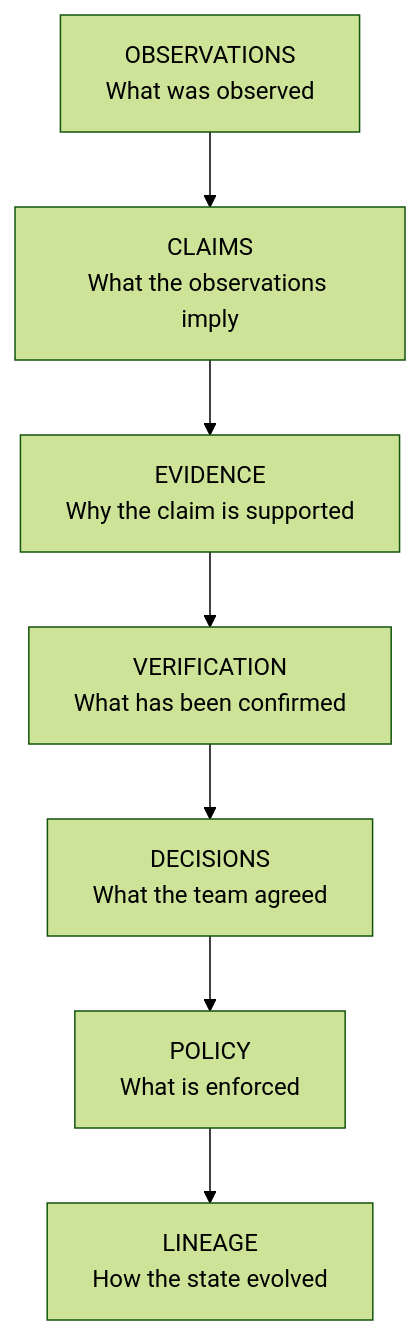
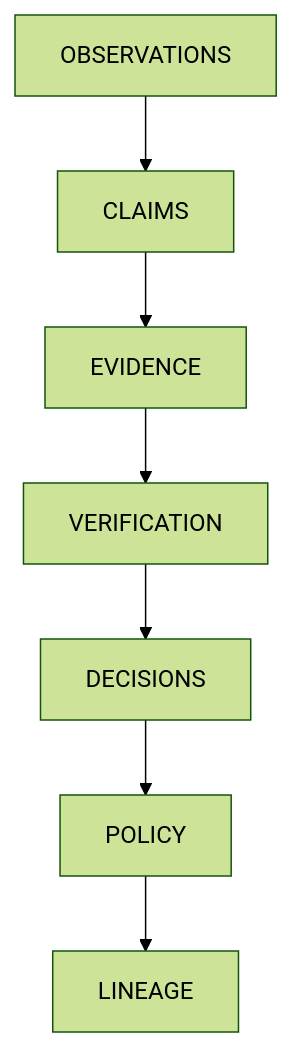
The second of 5 diagrams in README.md (myshra777-ai/garuda), drawn with Mermaid (forest theme) before and after one commit. The commit also changed other lines of this file, not shown here.

````diff
--- a/README.md
+++ b/README.md
@@ -148,17 +148,9 @@
 ```mermaid
 flowchart TB
-    OBS["OBSERVATIONS<br/>What was observed"]
-    CLAIM["CLAIMS<br/>What the observations imply"]
-    EVID["EVIDENCE<br/>Why the claim is supported"]
-    VERIFY["VERIFICATION<br/>What has been confirmed"]
-    DECISION["DECISIONS<br/>What the team agreed"]
-    POLICY["POLICY<br/>What is enforced"]
-    LINEAGE["LINEAGE<br/>How the state evolved"]
-
-    OBS --> CLAIM
-    CLAIM --> EVID
-    EVID --> VERIFY
-    VERIFY --> DECISION
-    DECISION --> POLICY
-    POLICY --> LINEAGE
+    OBS["OBSERVATIONS"] --> CLAIM["CLAIMS"]
+    CLAIM --> EVID["EVIDENCE"]
+    EVID --> VERIFY["VERIFICATION"]
+    VERIFY --> DECISION["DECISIONS"]
+    DECISION --> POLICY["POLICY"]
+    POLICY --> LINEAGE["LINEAGE"]
 ```
````
